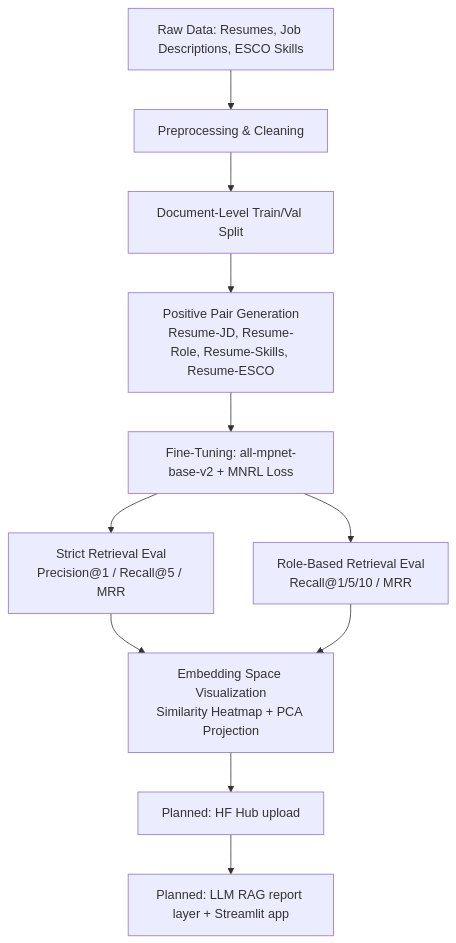
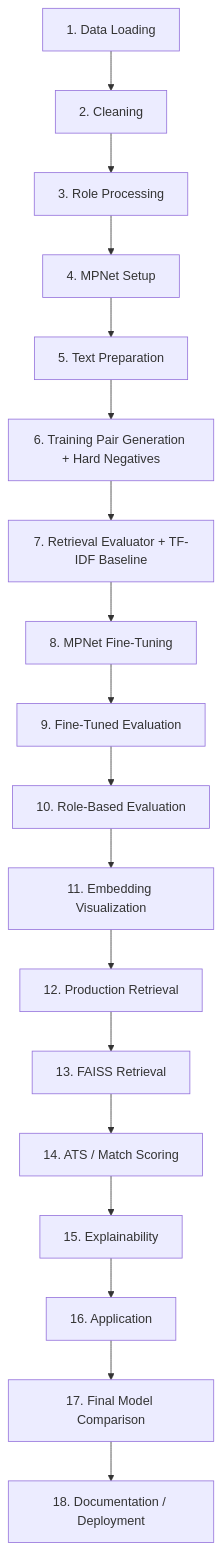
The diagram in README.md (Hari-jith/Semantic-Resume-to-Job-Alignment-Matrix), drawn with Mermaid before and after one commit. The commit also changed other lines of this file, not shown here.

````diff
--- a/README.md
+++ b/README.md
@@ -43,13 +46,20 @@
 ```mermaid
 graph TD
-    A[Raw Data: Resumes, Job Descriptions, ESCO Skills] --> B[Preprocessing & Cleaning]
-    B --> C[Document-Level Train/Val Split]
-    C --> D[Positive Pair Generation<br/>Resume-JD, Resume-Role, Resume-Skills, Resume-ESCO]
-    D --> E[Fine-Tuning: all-mpnet-base-v2 + MNRL Loss]
-    E --> F1[Strict Retrieval Eval<br/>Precision@1 / Recall@5 / MRR]
-    E --> F2[Role-Based Retrieval Eval<br/>Recall@1/5/10 / MRR]
-    F1 --> G[Embedding Space Visualization<br/>Similarity Heatmap + PCA Projection]
-    F2 --> G
-    G --> H[Planned: HF Hub upload]
-    H --> I[Planned: LLM RAG report layer + Streamlit app]
+    A[1. Data Loading] --> B[2. Cleaning]
+    B --> C[3. Role Processing]
+    C --> D[4. MPNet Setup]
+    D --> E[5. Text Preparation]
+    E --> F[6. Training Pair Generation + Hard Negatives]
+    F --> G[7. Retrieval Evaluator + TF-IDF Baseline]
+    G --> H[8. MPNet Fine-Tuning]
+    H --> I[9. Fine-Tuned Evaluation]
+    I --> J[10. Role-Based Evaluation]
+    J --> K[11. Embedding Visualization]
+    K --> L[12. Production Retrieval]
+    L --> M[13. FAISS Retrieval]
+    M --> N[14. ATS / Match Scoring]
+    N --> O[15. Explainability]
+    O --> P[16. Application]
+    P --> Q[17. Final Model Comparison]
+    Q --> R[18. Documentation / Deployment]
 ```
````
